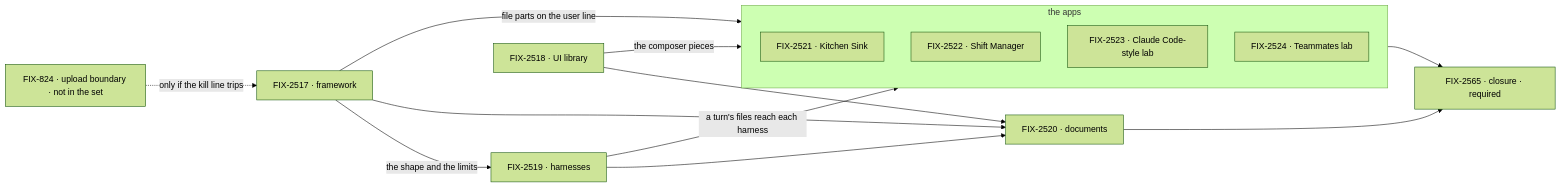
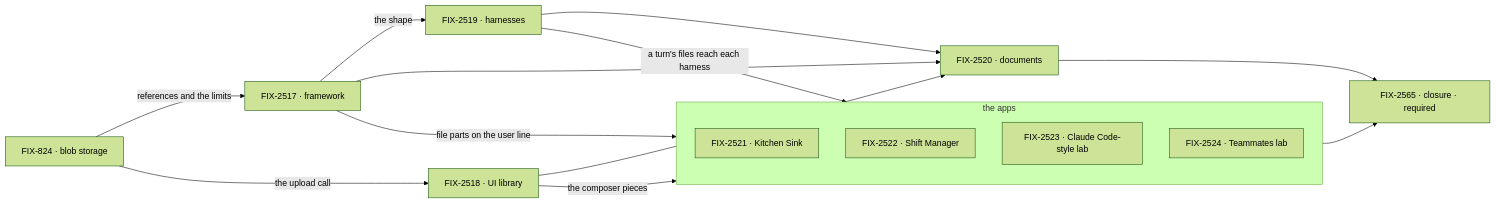
One commit to fixpoint-labs/flow-state-dev changed the second of 2 diagrams in specs/epics/FIX-2516/SPEC.md. Above: the diagram before and after it, drawn with Mermaid (forest theme). The commit also changed other lines of this file and 8 other files, not shown here.

First line of the commit message:
spec(epic): attachments are stored through a blob storage adapter (FIX-2516)

````diff
--- a/specs/epics/FIX-2516/SPEC.md
+++ b/specs/epics/FIX-2516/SPEC.md
@@ -100,19 +97,20 @@
 ```mermaid
 flowchart LR
-  X["FIX-824 · upload boundary · not in the set"] -.->|"only if the kill line trips"| A
-  A["FIX-2517 · framework"] -->|"the shape and the limits"| H["FIX-2519 · harnesses"]
+  S["FIX-824 · blob storage"] -->|"references and the limits"| A["FIX-2517 · framework"]
+  S -->|"the upload call"| B["FIX-2518 · UI library"]
+  A -->|"the shape"| H["FIX-2519 · harnesses"]
   A -->|"file parts on the user line"| APPS
-  B["FIX-2518 · UI library"] -->|"the composer pieces"| APPS
+  B -->|"the composer pieces"| APPS
   H -->|"a turn's files reach each harness"| APPS
   A --> D["FIX-2520 · documents"]
   B --> D
   H --> D
   subgraph APPS["the apps"]
     KS["FIX-2521 · Kitchen Sink"]
     SM["FIX-2522 · Shift Manager"]
     CC["FIX-2523 · Claude Code-style lab"]
     TM["FIX-2524 · Teammates lab"]
   end
   APPS --> Z["FIX-2565 · closure · required"]
   D --> Z
 ```
````
